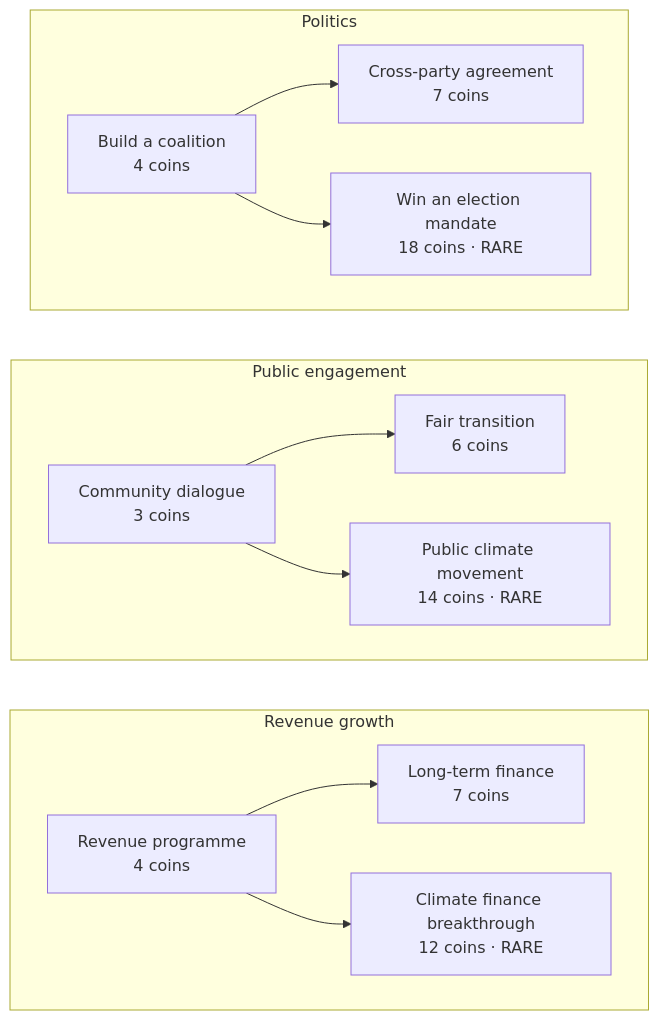
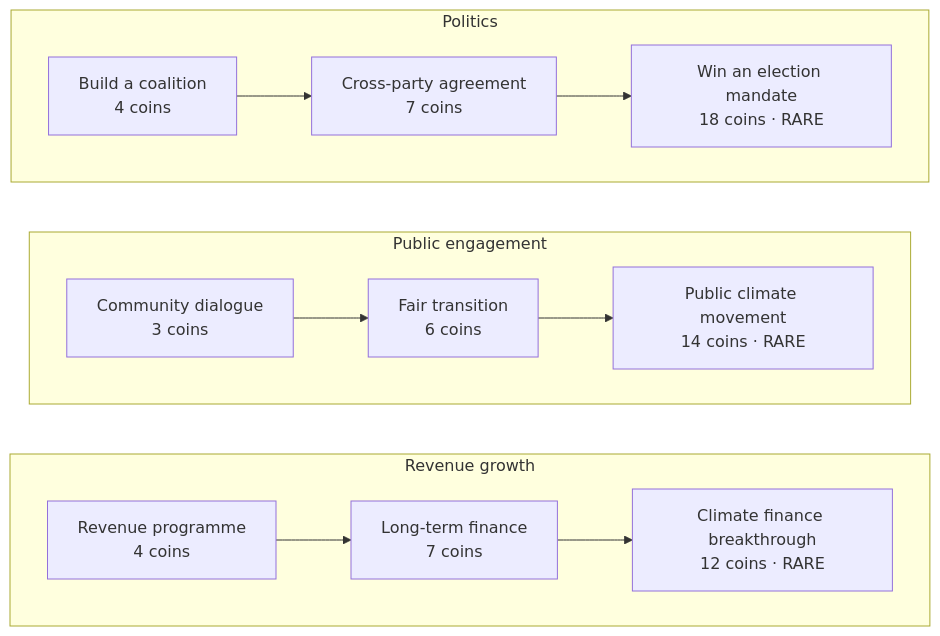
Before and after one commit to A-Weedy-Place/APECS_card-game: the eighth of 9 diagrams in public/card-guide.md, drawn with Mermaid. The commit also changed other lines of this file and 22 other files, not shown here.

````diff
--- a/public/card-guide.md
+++ b/public/card-guide.md
@@ -212,27 +212,27 @@
 ```mermaid
 flowchart LR
   subgraph support_economics["Revenue growth"]
     direction LR
     revenue_v11["Revenue programme<br/>4 coins"]
     finance_v11["Long-term finance<br/>7 coins"]
     finance_breakthrough_v11["Climate finance breakthrough<br/>12 coins · RARE"]
     revenue_v11 --> finance_v11
-    revenue_v11 --> finance_breakthrough_v11
+    finance_v11 --> finance_breakthrough_v11
   end
   subgraph support_awareness["Public engagement"]
     direction LR
     dialogue_v11["Community dialogue<br/>3 coins"]
     fair_transition_v11["Fair transition<br/>6 coins"]
     public_movement_v11["Public climate movement<br/>14 coins · RARE"]
     dialogue_v11 --> fair_transition_v11
-    dialogue_v11 --> public_movement_v11
+    fair_transition_v11 --> public_movement_v11
   end
   subgraph support_politics["Politics"]
     direction LR
     coalition_v11["Build a coalition<br/>4 coins"]
     agreement_v11["Cross-party agreement<br/>7 coins"]
     mandate_v11["Win an election mandate<br/>18 coins · RARE"]
     coalition_v11 --> agreement_v11
-    coalition_v11 --> mandate_v11
+    agreement_v11 --> mandate_v11
   end
 ```
````
